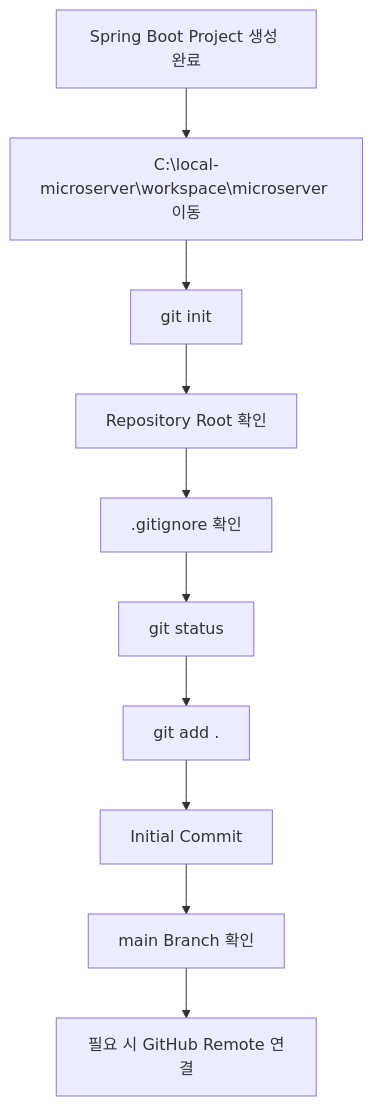
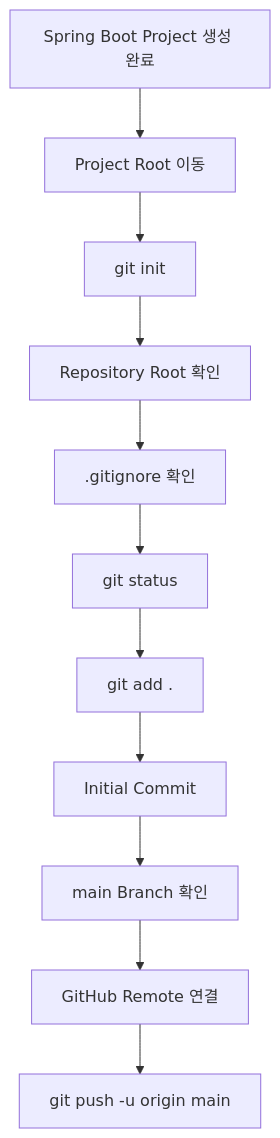
One commit to Team-Microserver/microserver-docs changed the first of 2 diagrams in docs/03_project_creation_verification/01_project_creation/spring_boot_git_init.md. Above: the diagram before and after it, drawn with Mermaid. The commit also changed other lines of this file and 2 other files, not shown here.

````diff
--- a/docs/03_project_creation_verification/01_project_creation/spring_boot_git_init.md
+++ b/docs/03_project_creation_verification/01_project_creation/spring_boot_git_init.md
@@ -507,13 +827,14 @@
 ```mermaid
 flowchart TD
     A["Spring Boot Project 생성 완료"]
-    --> B["C:\local-microserver\workspace\microserver 이동"]
+    --> B["Project Root 이동"]
     --> C["git init"]
     --> D["Repository Root 확인"]
     --> E[".gitignore 확인"]
     --> F["git status"]
     --> G["git add ."]
     --> H["Initial Commit"]
     --> I["main Branch 확인"]
-    --> J["필요 시 GitHub Remote 연결"]
+    --> J["GitHub Remote 연결"]
+    --> K["git push -u origin main"]
 ```
````
